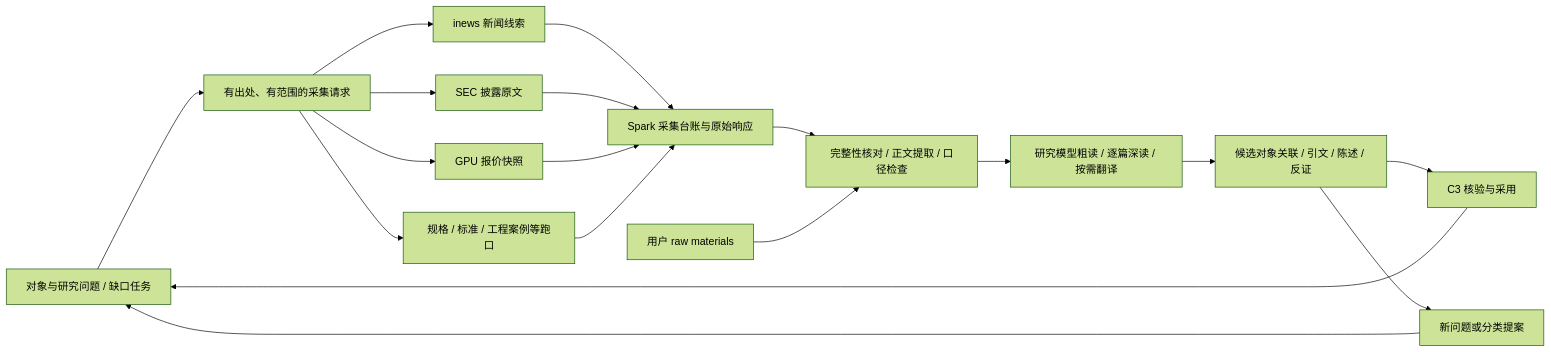
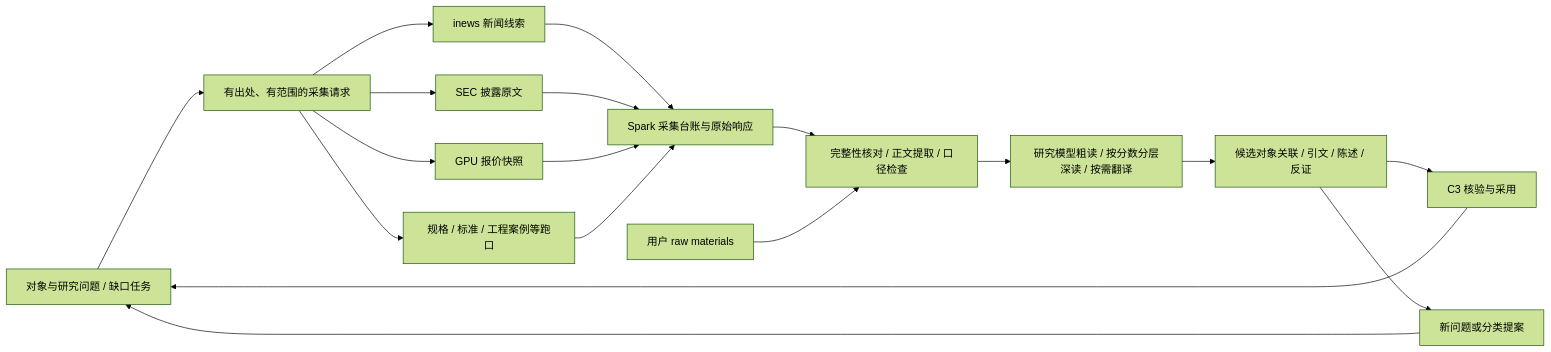
Before and after one commit to niuroumiantt/InResearch.ai: the diagram in framework/06_acquisition.md, drawn with Mermaid (forest theme). The commit also changed other lines of this file and 14 other files, not shown here.

````diff
--- a/framework/06_acquisition.md
+++ b/framework/06_acquisition.md
@@ -56,20 +56,20 @@
 ```mermaid
 flowchart LR
  Q[对象与研究问题 / 缺口任务] --> R[有出处、有范围的采集请求]
  R --> N[inews 新闻线索]
  R --> S[SEC 披露原文]
  R --> G[GPU 报价快照]
  R --> T[规格 / 标准 / 工程案例等跑口]
  N --> A[Spark 采集台账与原始响应]
  S --> A
  G --> A
  T --> A
  A --> E[完整性核对 / 正文提取 / 口径检查]
  U[用户 raw materials] --> E
- E --> M[研究模型粗读 / 逐篇深读 / 按需翻译]
+ E --> M[研究模型粗读 / 按分数分层深读 / 按需翻译]
  M --> C[候选对象关联 / 引文 / 陈述 / 反证]
  C --> H[C3 核验与采用]
  H --> Q
  C --> P[新问题或分类提案]
  P --> Q
 ```
````
